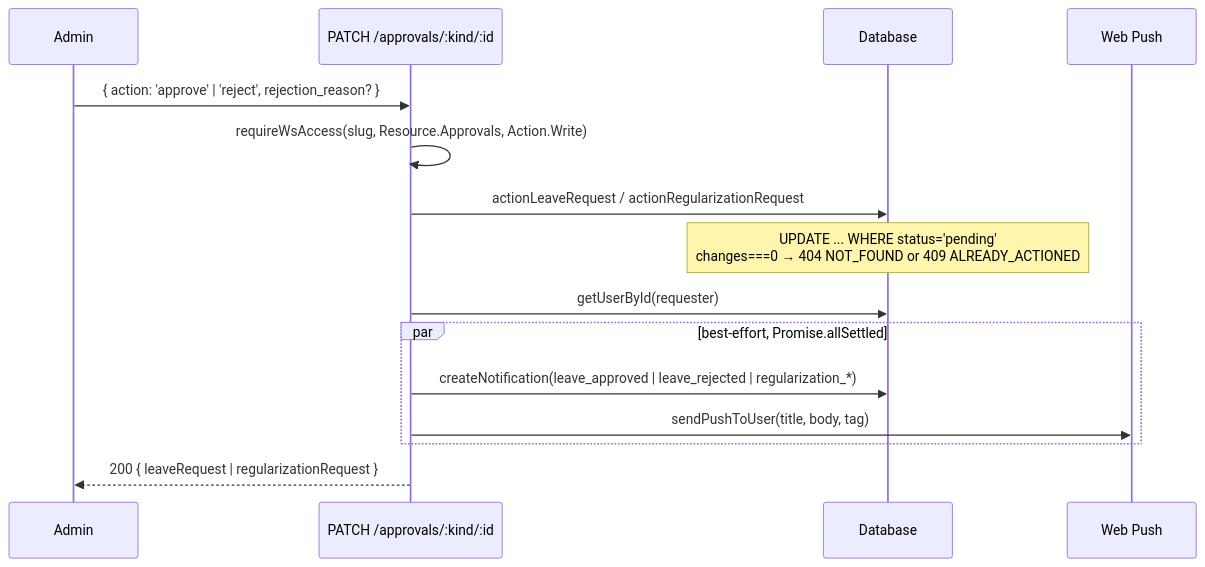
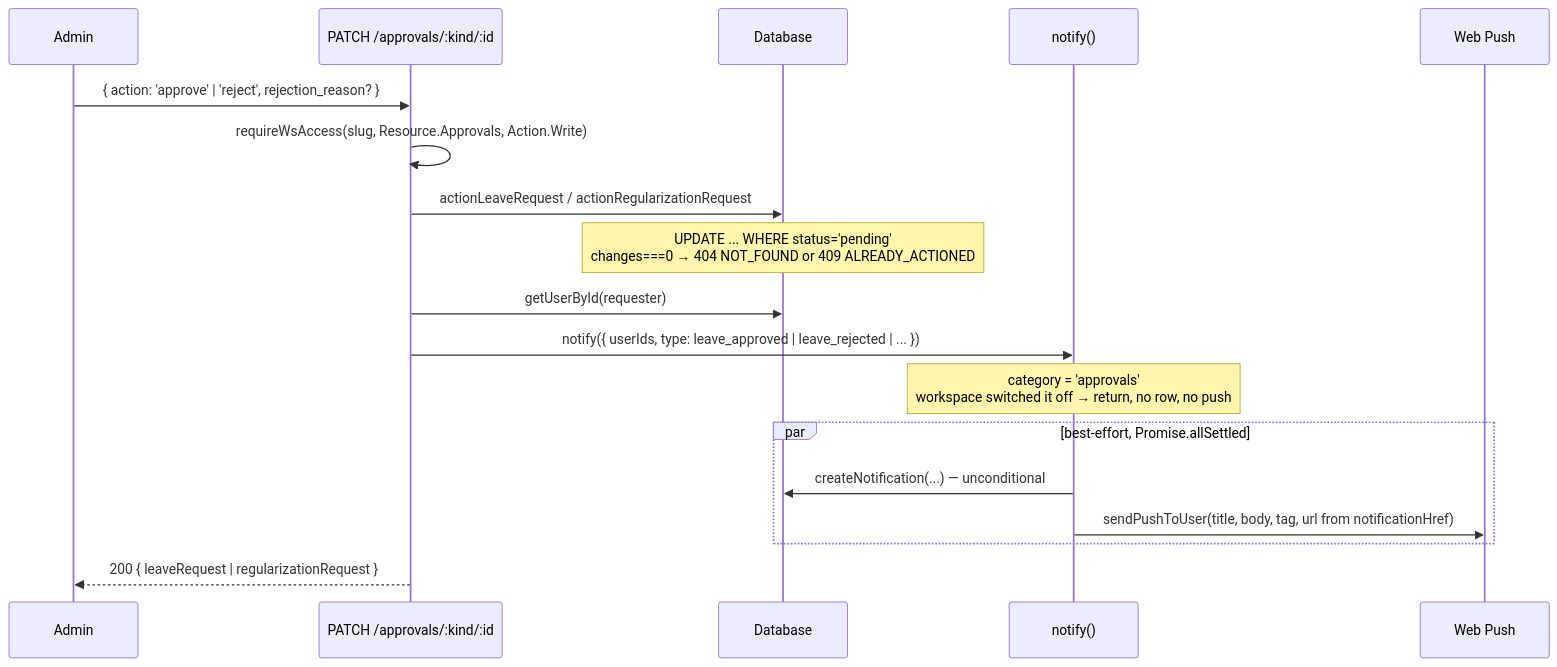
One commit to ksharma20/checkmark changed the first of 2 diagrams in docs/architecture/reminders.md. Above: the diagram before and after it, drawn with Mermaid. The commit also changed other lines of this file and 55 other files, not shown here.

````diff
--- a/docs/architecture/reminders.md
+++ b/docs/architecture/reminders.md
@@ -27,18 +31,21 @@
 ```mermaid
 sequenceDiagram
   participant A as Admin
   participant H as PATCH /approvals/:kind/:id
   participant DB as Database
+  participant N as notify()
   participant P as Web Push
 
   A->>H: { action: 'approve' | 'reject', rejection_reason? }
   H->>H: requireWsAccess(slug, Resource.Approvals, Action.Write)
   H->>DB: actionLeaveRequest / actionRegularizationRequest
   Note over DB: UPDATE ... WHERE status='pending'<br/>changes===0 → 404 NOT_FOUND or 409 ALREADY_ACTIONED
   H->>DB: getUserById(requester)
+  H->>N: notify({ userIds, type: leave_approved | leave_rejected | ... })
+  Note over N: category = 'approvals'<br/>workspace switched it off → return, no row, no push
   par best-effort, Promise.allSettled
-    H->>DB: createNotification(leave_approved | leave_rejected | regularization_*)
-    H->>P: sendPushToUser(title, body, tag)
+    N->>DB: createNotification(...) — unconditional
+    N->>P: sendPushToUser(title, body, tag, url from notificationHref)
   end
   H-->>A: 200 { leaveRequest | regularizationRequest }
 ```
````
